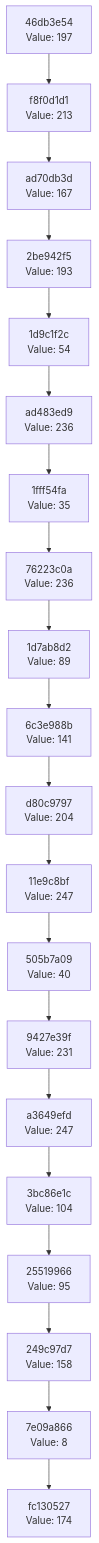
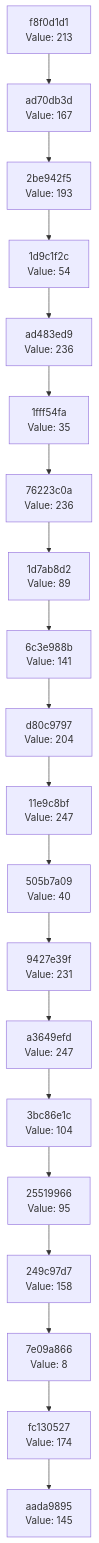
Before and after one commit to Abhisheksinha1506/hash-chain-evolver: the diagram in docs/CHAIN_VISUALIZATION.md, drawn with Mermaid. The commit also changed 2 other files, not shown here.

Commit message:
Evolution Step

````diff
--- a/docs/CHAIN_VISUALIZATION.md
+++ b/docs/CHAIN_VISUALIZATION.md
@@ -3,42 +3,42 @@
 ```mermaid
 graph TD
-    C0["fc130527<br/>Value: 174"]
-    C1["7e09a866<br/>Value: 8"]
+    C0["aada9895<br/>Value: 145"]
+    C1["fc130527<br/>Value: 174"]
     C1 --> C0
-    C2["249c97d7<br/>Value: 158"]
+    C2["7e09a866<br/>Value: 8"]
     C2 --> C1
-    C3["25519966<br/>Value: 95"]
+    C3["249c97d7<br/>Value: 158"]
     C3 --> C2
-    C4["3bc86e1c<br/>Value: 104"]
+    C4["25519966<br/>Value: 95"]
     C4 --> C3
-    C5["a3649efd<br/>Value: 247"]
+    C5["3bc86e1c<br/>Value: 104"]
     C5 --> C4
-    C6["9427e39f<br/>Value: 231"]
+    C6["a3649efd<br/>Value: 247"]
     C6 --> C5
-    C7["505b7a09<br/>Value: 40"]
+    C7["9427e39f<br/>Value: 231"]
     C7 --> C6
-    C8["11e9c8bf<br/>Value: 247"]
+    C8["505b7a09<br/>Value: 40"]
     C8 --> C7
-    C9["d80c9797<br/>Value: 204"]
+    C9["11e9c8bf<br/>Value: 247"]
     C9 --> C8
-    C10["6c3e988b<br/>Value: 141"]
+    C10["d80c9797<br/>Value: 204"]
     C10 --> C9
-    C11["1d7ab8d2<br/>Value: 89"]
+    C11["6c3e988b<br/>Value: 141"]
     C11 --> C10
-    C12["76223c0a<br/>Value: 236"]
+    C12["1d7ab8d2<br/>Value: 89"]
     C12 --> C11
-    C13["1fff54fa<br/>Value: 35"]
+    C13["76223c0a<br/>Value: 236"]
     C13 --> C12
-    C14["ad483ed9<br/>Value: 236"]
+    C14["1fff54fa<br/>Value: 35"]
     C14 --> C13
-    C15["1d9c1f2c<br/>Value: 54"]
+    C15["ad483ed9<br/>Value: 236"]
     C15 --> C14
-    C16["2be942f5<br/>Value: 193"]
+    C16["1d9c1f2c<br/>Value: 54"]
     C16 --> C15
-    C17["ad70db3d<br/>Value: 167"]
+    C17["2be942f5<br/>Value: 193"]
     C17 --> C16
-    C18["f8f0d1d1<br/>Value: 213"]
+    C18["ad70db3d<br/>Value: 167"]
     C18 --> C17
-    C19["46db3e54<br/>Value: 197"]
+    C19["f8f0d1d1<br/>Value: 213"]
     C19 --> C18
 ```
````
